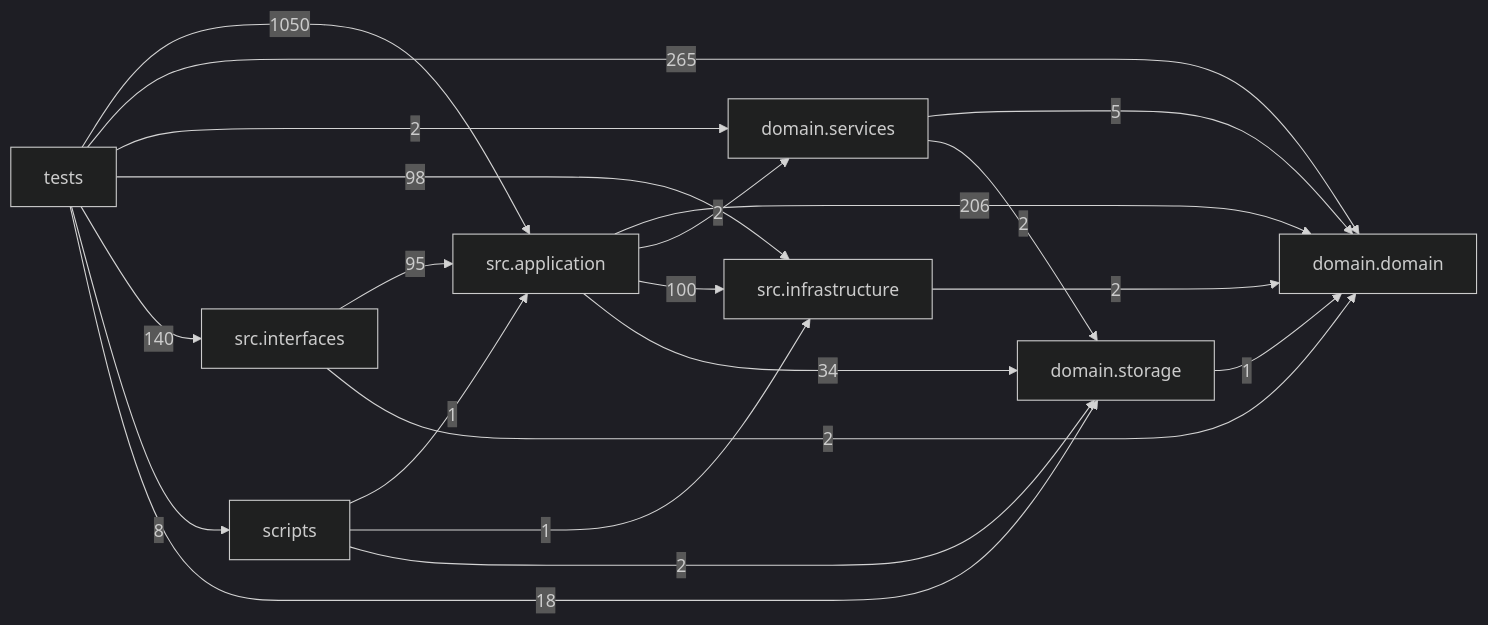
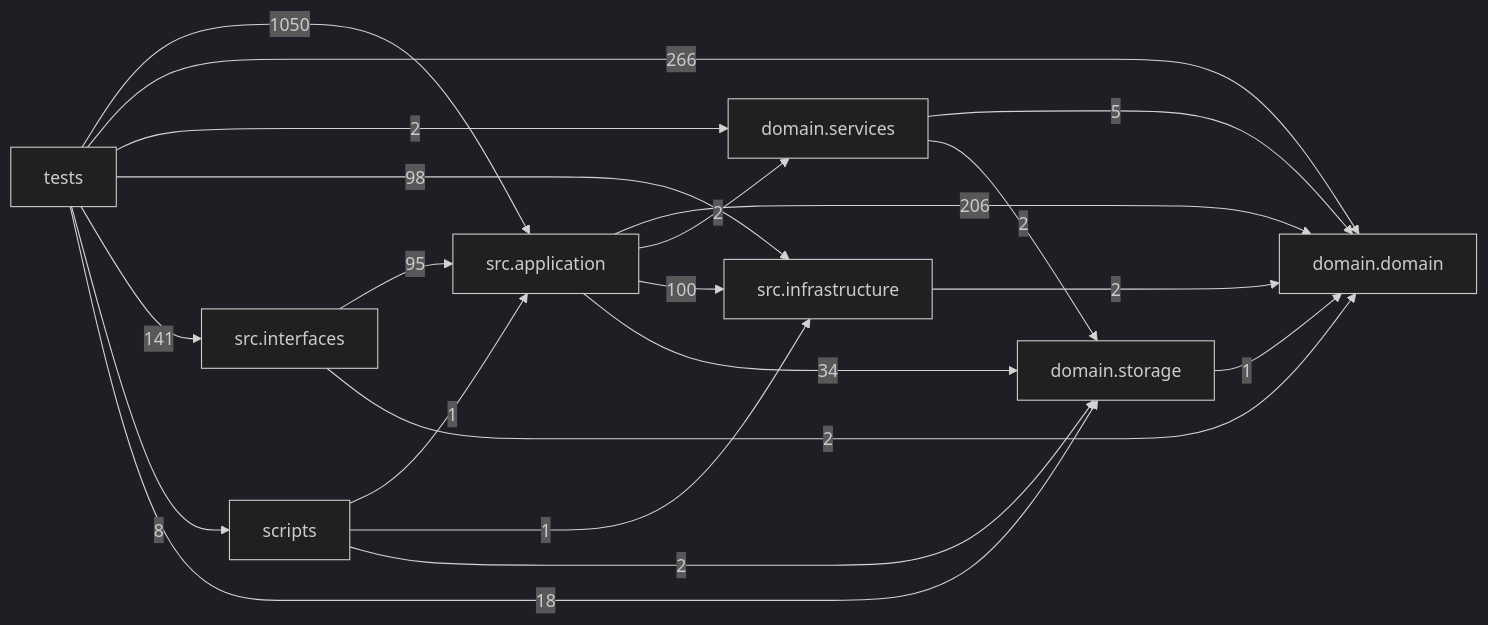
One commit to liuxie066/options-monitor changed the diagram in docs/DEPENDENCY_GRAPH.md. Above: the diagram before and after it, drawn with Mermaid (dark theme). The commit also changed other lines of this file and 13 other files, not shown here.

````diff
--- a/docs/DEPENDENCY_GRAPH.md
+++ b/docs/DEPENDENCY_GRAPH.md
@@ -24,31 +24,31 @@
 ```mermaid
 flowchart LR
   tests["tests"]
   scripts["scripts"]
   interfaces["src.interfaces"]
   application["src.application"]
   infrastructure["src.infrastructure"]
   domain_services["domain.services"]
   domain["domain.domain"]
   storage["domain.storage"]
   application -->|206| domain
   application -->|2| domain_services
   application -->|100| infrastructure
   application -->|34| storage
   domain_services -->|5| domain
   domain_services -->|2| storage
   infrastructure -->|2| domain
   interfaces -->|95| application
   interfaces -->|2| domain
   scripts -->|1| application
   scripts -->|1| infrastructure
   scripts -->|2| storage
   storage -->|1| domain
   tests -->|1050| application
-  tests -->|265| domain
+  tests -->|266| domain
   tests -->|2| domain_services
   tests -->|98| infrastructure
-  tests -->|140| interfaces
+  tests -->|141| interfaces
   tests -->|8| scripts
   tests -->|18| storage
 ```
````
